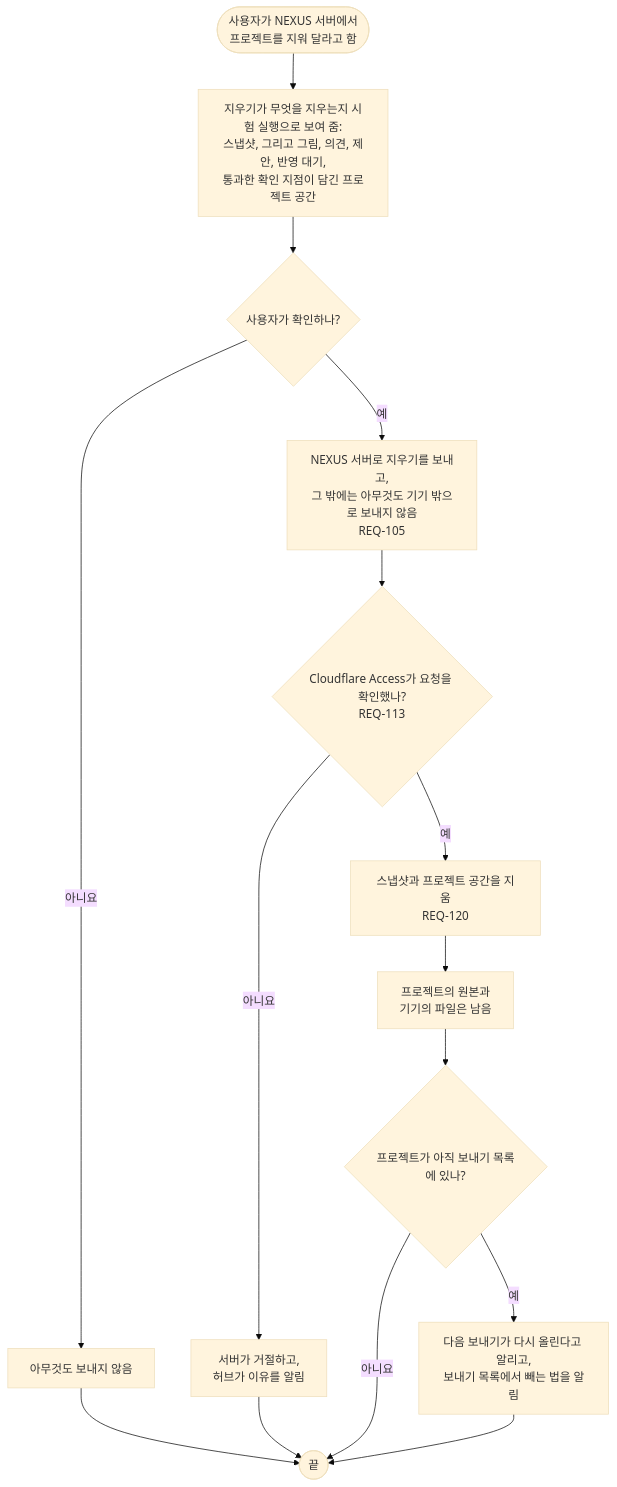
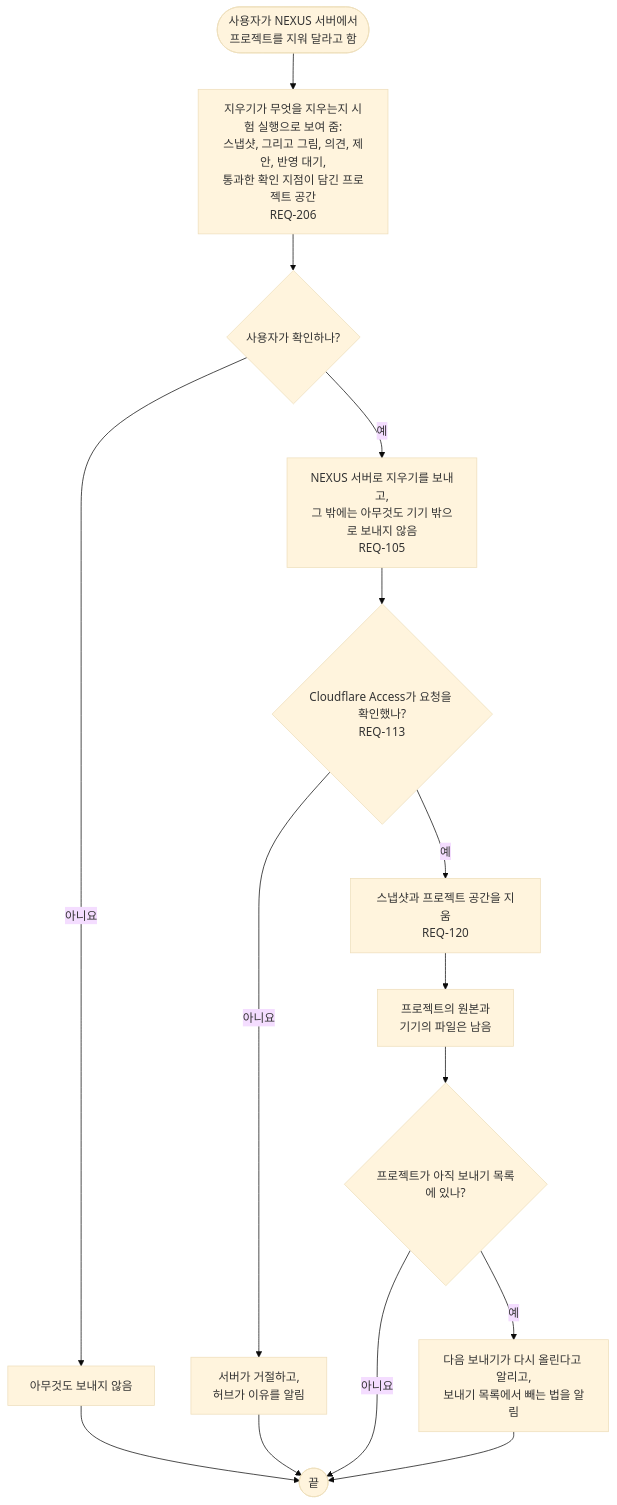
The diagram in docs/03-user-flow/nexus/FL-114-remove-a-project.ko.md (kodonghui/corthex-nexus), drawn with Mermaid (base theme) before and after one commit. The commit also changed other lines of this file and 33 other files, not shown here.

````diff
--- a/docs/03-user-flow/nexus/FL-114-remove-a-project.ko.md
+++ b/docs/03-user-flow/nexus/FL-114-remove-a-project.ko.md
@@ -9,17 +9,17 @@
 ```mermaid
 flowchart TD
-  A(["사용자가 NEXUS 서버에서<br/>프로젝트를 지워 달라고 함"]) --> B["지우기가 무엇을 지우는지 시험 실행으로 보여 줌:<br/>스냅샷, 그리고 그림, 의견, 제안, 반영 대기,<br/>통과한 확인 지점이 담긴 프로젝트 공간"]
+  A(["사용자가 NEXUS 서버에서<br/>프로젝트를 지워 달라고 함"]) --> B["지우기가 무엇을 지우는지 시험 실행으로 보여 줌:<br/>스냅샷, 그리고 그림, 의견, 제안, 반영 대기,<br/>통과한 확인 지점이 담긴 프로젝트 공간<br/>REQ-206"]
   B --> C{"사용자가 확인하나?"}
   C -->|아니요| C1["아무것도 보내지 않음"]
   C1 --> Z(["끝"])
   C -->|예| D["NEXUS 서버로 지우기를 보내고,<br/>그 밖에는 아무것도 기기 밖으로 보내지 않음<br/>REQ-105"]
   D --> E{"Cloudflare Access가 요청을 확인했나?<br/>REQ-113"}
   E -->|아니요| E1["서버가 거절하고,<br/>허브가 이유를 알림"]
   E1 --> Z
   E -->|예| F["스냅샷과 프로젝트 공간을 지움<br/>REQ-120"]
   F --> G["프로젝트의 원본과<br/>기기의 파일은 남음"]
   G --> H{"프로젝트가 아직 보내기 목록에 있나?"}
   H -->|예| H1["다음 보내기가 다시 올린다고 알리고,<br/>보내기 목록에서 빼는 법을 알림"]
   H -->|아니요| Z
   H1 --> Z
 ```
````
